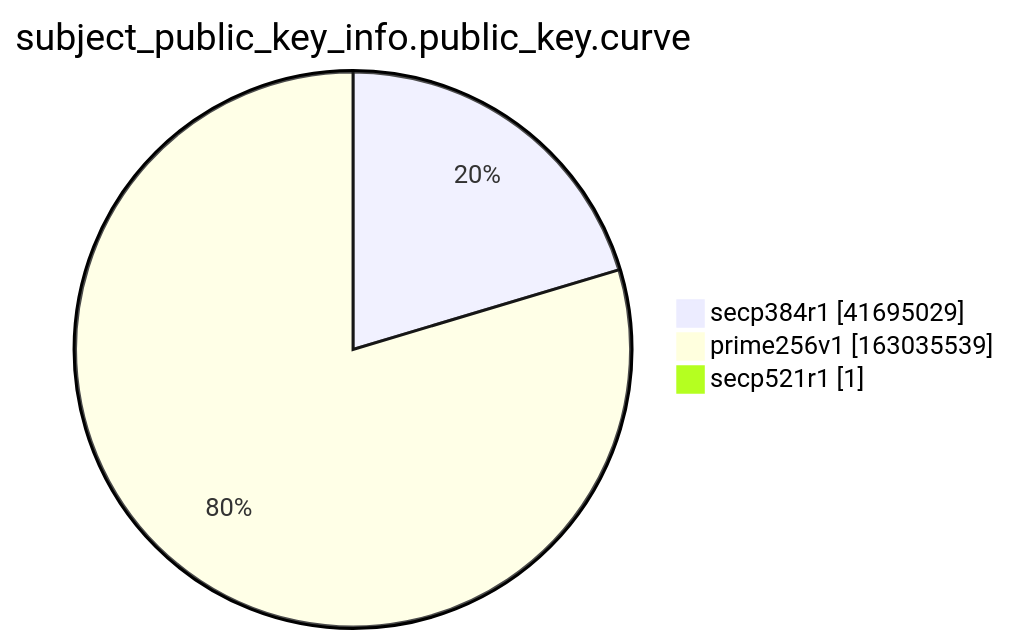
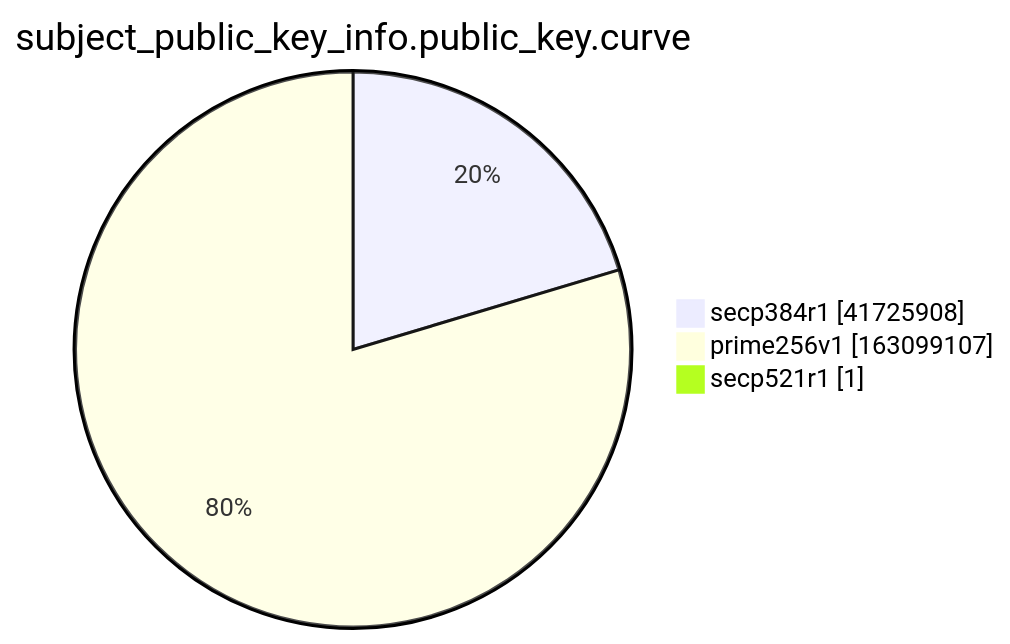
One commit to christiankrug/ctmonitor_visualization changed the ninth of 15 diagrams in xenon2022/README.md. Above: the diagram before and after it, drawn with Mermaid. The commit also changed other lines of this file, not shown here.

````diff
--- a/xenon2022/README.md
+++ b/xenon2022/README.md
@@ -2868,7 +2868,7 @@
 ```mermaid
 pie showData
 title subject_public_key_info.public_key.curve
-"secp384r1" :41695029
-"prime256v1" :163035539
+"secp384r1" :41725908
+"prime256v1" :163099107
 "secp521r1" :1
 ```
````
